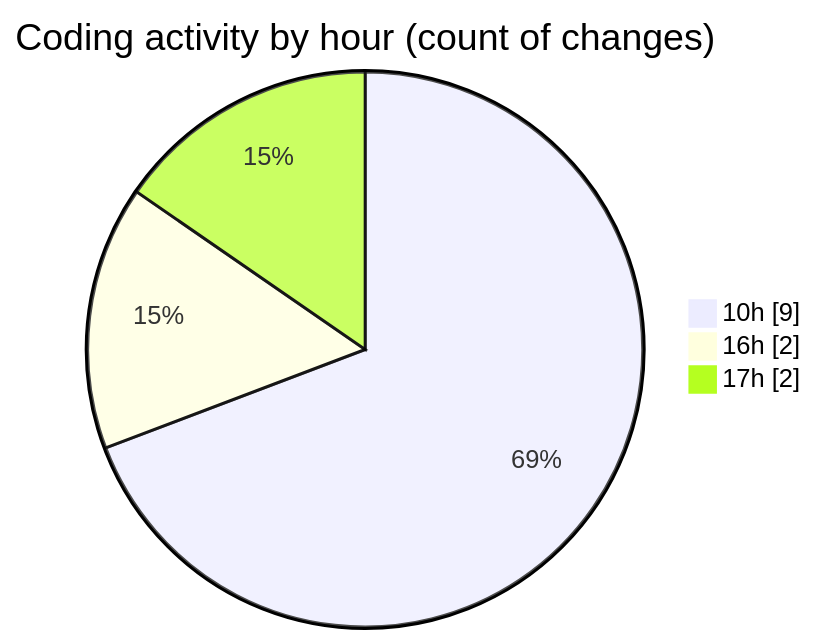
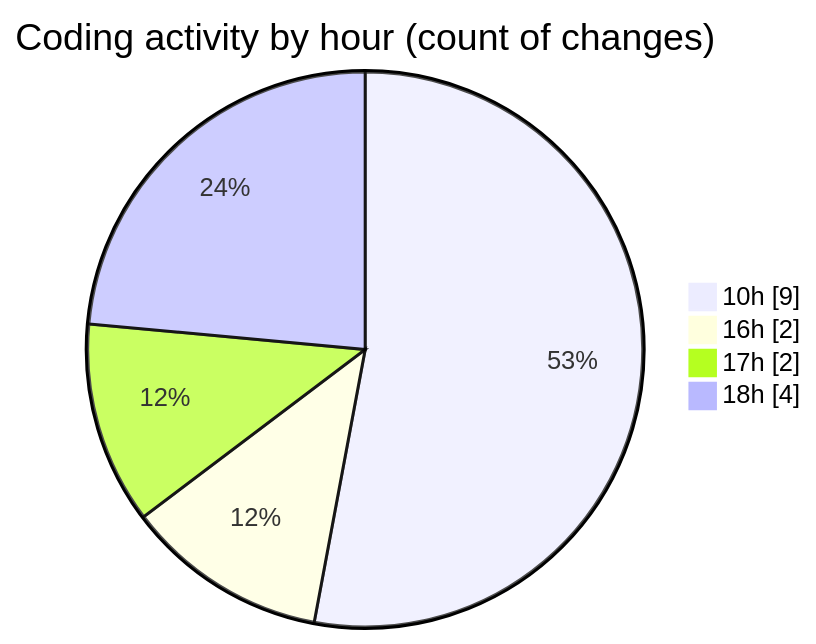
The second of 2 diagrams in 2025-10-10/eventscop-api-guide__workspace_/README.md (julien-gomy/code-tracking), drawn with Mermaid before and after one commit. The commit also changed other lines of this file and 1 other file, not shown here.

````diff
--- a/2025-10-10/eventscop-api-guide__workspace_/README.md
+++ b/2025-10-10/eventscop-api-guide__workspace_/README.md
@@ -31,7 +31,8 @@
 ```mermaid
 pie showData
 title Coding activity by hour (count of changes)
 "10h" : 9
 "16h" : 2
 "17h" : 2
+"18h" : 4
 ```
````
